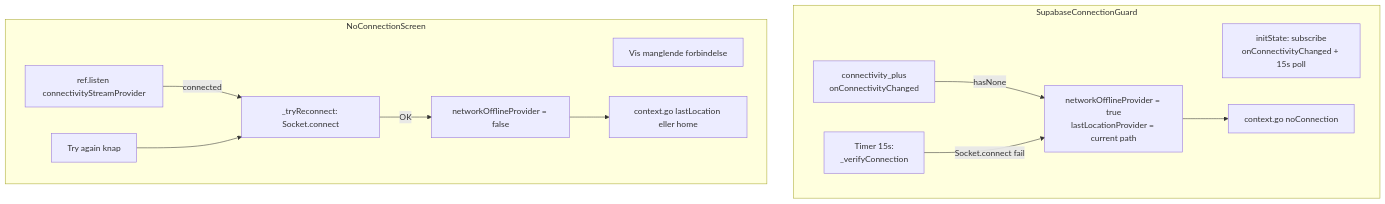
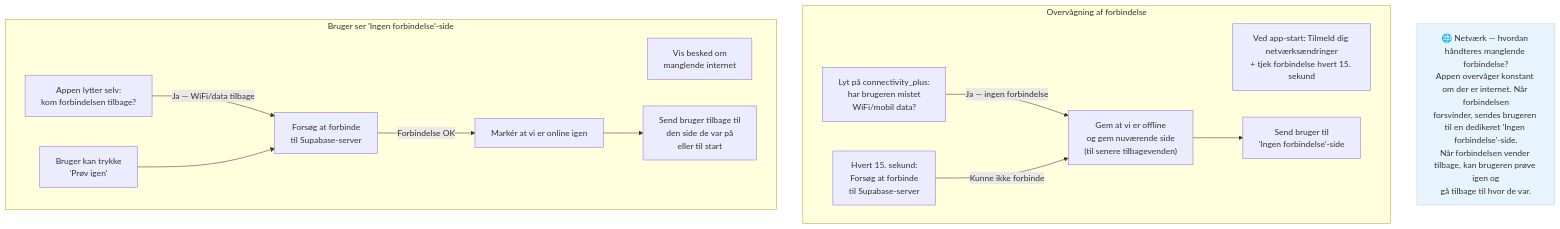
Before and after one commit to plauge/flutter_startup: the diagram in docs/diagrams/network_connectivity.mmd, drawn with Mermaid. The commit also changed 12 other files, not shown here.

Commit message:
Diagrammer er nu med bedre beskrivelser.

```diff
--- a/docs/diagrams/network_connectivity.mmd
+++ b/docs/diagrams/network_connectivity.mmd
@@ -1,19 +1,22 @@
 flowchart TD
-    subgraph Guard [SupabaseConnectionGuard]
-        InitState["initState: subscribe\nonConnectivityChanged + 15s poll"]
-        Listen["connectivity_plus\nonConnectivityChanged"]
-        Poll["Timer 15s:\n_verifyConnection"]
-        Listen -->|hasNone| MarkOffline["networkOfflineProvider = true\nlastLocationProvider = current path"]
-        Poll -->|Socket.connect fail| MarkOffline
-        MarkOffline --> Redirect["context.go noConnection"]
+    Desc["🌐 Netværk — hvordan håndteres manglende forbindelse?\nAppen overvåger konstant om der er internet. Når forbindelsen\nforsvinder, sendes brugeren til en dedikeret 'Ingen forbindelse'-side.\nNår forbindelsen vender tilbage, kan brugeren prøve igen og\ngå tilbage til hvor de var."]
+    style Desc fill:#e8f4fd,stroke:#b8d4e8
+
+    subgraph Guard ["Overvågning af forbindelse"]
+        InitState["Ved app-start: Tilmeld dig netværksændringer\n+ tjek forbindelse hvert 15. sekund"]
+        Listen["Lyt på connectivity_plus:\nhar brugeren mistet\nWiFi/mobil data?"]
+        Poll["Hvert 15. sekund:\nForsøg at forbinde\ntil Supabase-server"]
+        Listen -->|"Ja — ingen forbindelse"| MarkOffline["Gem at vi er offline\nog gem nuværende side\n(til senere tilbagevenden)"]
+        Poll -->|"Kunne ikke forbinde"| MarkOffline
+        MarkOffline --> Redirect["Send bruger til\n'Ingen forbindelse'-side"]
     end
 
-    subgraph NoConnection [NoConnectionScreen]
-        ShowScreen["Vis manglende forbindelse"]
-        TryAgain["Try again knap"]
-        ListenStream["ref.listen connectivityStreamProvider"]
-        ListenStream -->|connected| Reconnect["_tryReconnect: Socket.connect"]
+    subgraph NoConnection ["Bruger ser 'Ingen forbindelse'-side"]
+        ShowScreen["Vis besked om\nmanglende internet"]
+        TryAgain["Bruger kan trykke\n'Prøv igen'"]
+        ListenStream["Appen lytter selv:\nkom forbindelsen tilbage?"]
+        ListenStream -->|"Ja — WiFi/data tilbage"| Reconnect["Forsøg at forbinde\ntil Supabase-server"]
         TryAgain --> Reconnect
-        Reconnect -->|OK| ClearOffline["networkOfflineProvider = false"]
-        ClearOffline --> GoBack["context.go lastLocation eller home"]
+        Reconnect -->|"Forbindelse OK"| ClearOffline["Markér at vi er online igen"]
+        ClearOffline --> GoBack["Send bruger tilbage til\nden side de var på\neller til start"]
     end
```
